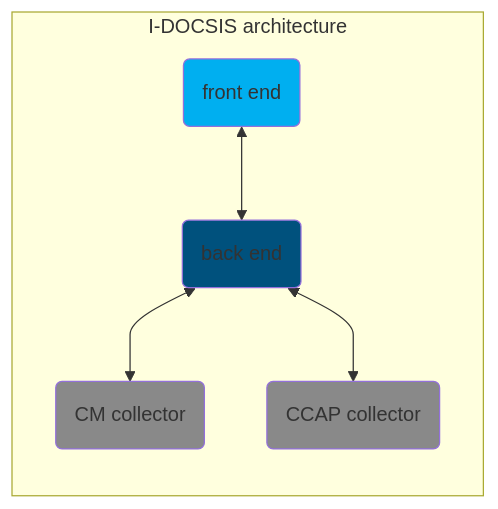
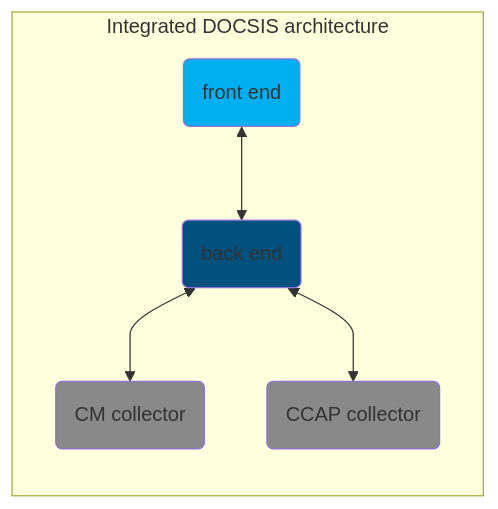
Before and after one commit to SkylineCommunications/dataminer-docs: the diagram in user-guide/Standard_Apps/EPM/EPM_I-DOCSIS/I-DOCSIS_architecture.md, drawn with Mermaid. The commit also changed other lines of this file and 21 other files, not shown here.

Commit message:
updated deployment with more BE information and changed all references to i-docsis to integrated docsis

````diff
--- a/user-guide/Standard_Apps/EPM/EPM_I-DOCSIS/I-DOCSIS_architecture.md
+++ b/user-guide/Standard_Apps/EPM/EPM_I-DOCSIS/I-DOCSIS_architecture.md
@@ -16,14 +16,14 @@
 ```mermaid
 %%{init: {'flowchart':{'curve':'monotoneY'}}}%%
 flowchart TB
-  subgraph I-DOCSIS architecture
+  subgraph Integrated DOCSIS architecture
     direction TB
     style Front-End fill:#00aff0
     style Back-End fill:#00517d
     style CM-Collector fill:#898989
     style CCAP fill:#898989
     Front-End(front end) <--> Back-End(back end)
     Back-End(back end) <--> CM-Collector(CM collector)
     Back-End(back end) <--> CCAP(CCAP collector)
   end
 ```
````
